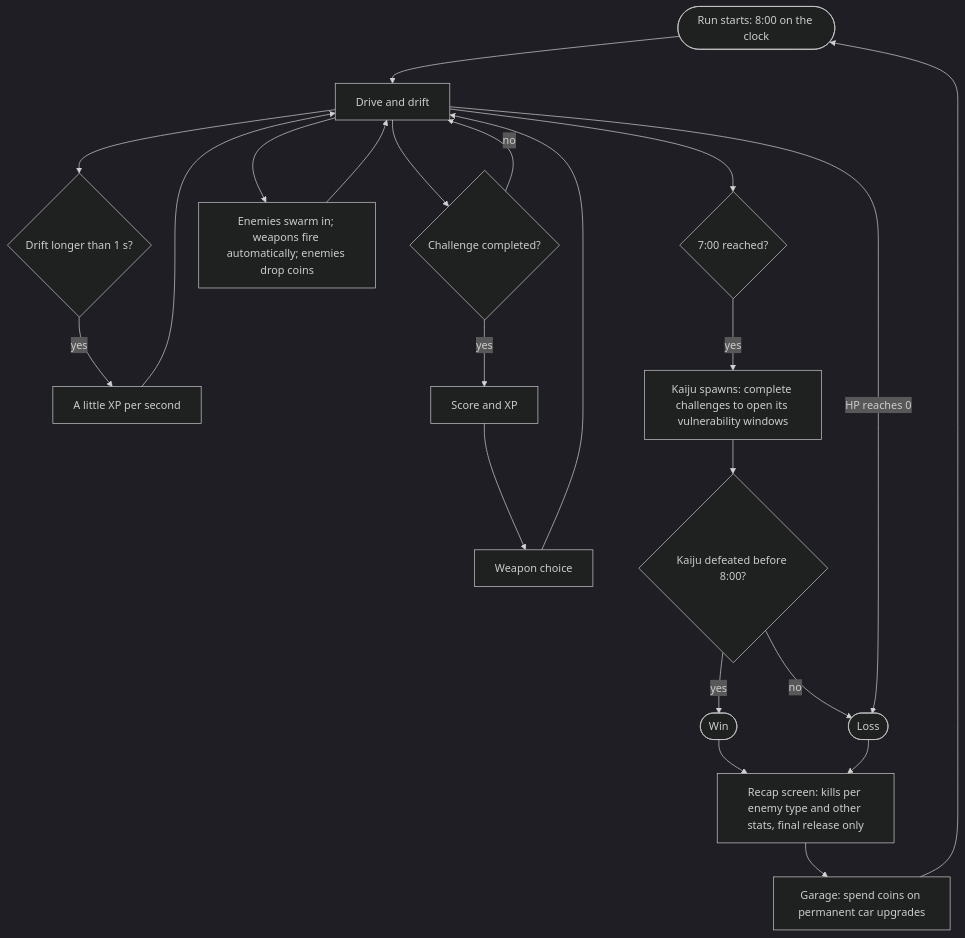
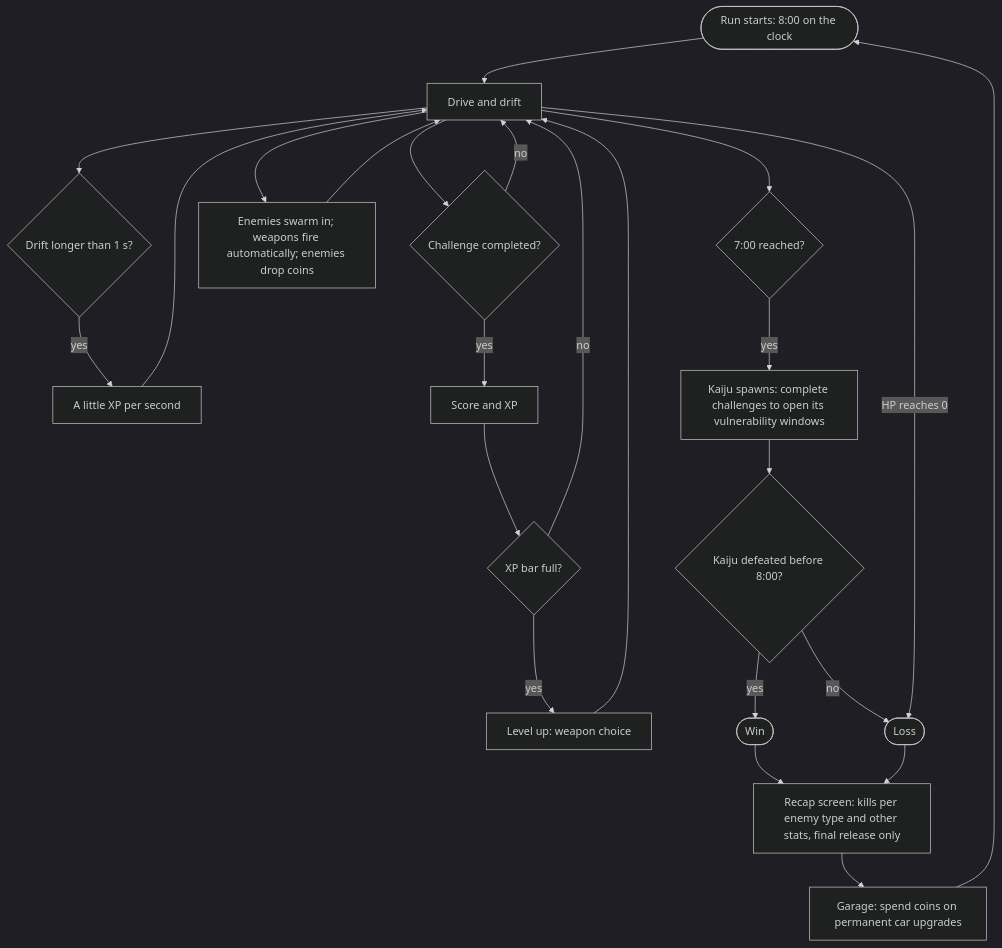
The diagram in docs/game-loop-architecture.md (akyrat/solid-carbide-game), drawn with Mermaid (dark theme) before and after one commit. The commit also changed other lines of this file and 2 other files, not shown here.

Commit message:
Weapon choice opens only on level-up

````diff
--- a/docs/game-loop-architecture.md
+++ b/docs/game-loop-architecture.md
@@ -38,20 +38,22 @@
 ```mermaid
 flowchart TD
     start([Run starts: 8:00 on the clock]) --> drive[Drive and drift]
     drive --> drift{Drift longer than 1 s?}
     drift -- yes --> dxp[A little XP per second] --> drive
     drive --> challenge{Challenge completed?}
-    challenge -- yes --> xp[Score and XP] --> choice[Weapon choice] --> drive
+    challenge -- yes --> xp[Score and XP] --> lvl{XP bar full?}
+    lvl -- yes --> choice[Level up: weapon choice] --> drive
+    lvl -- no --> drive
     challenge -- no --> drive
     drive --> enemies[Enemies swarm in; weapons fire automatically; enemies drop coins] --> drive
     drive --> boss{7:00 reached?}
     boss -- yes --> kaiju[Kaiju spawns: complete challenges to open its vulnerability windows]
     kaiju --> win{Kaiju defeated before 8:00?}
     win -- yes --> won([Win])
     win -- no --> lost([Loss])
     drive -- HP reaches 0 --> lost
     won --> recap[Recap screen: kills per enemy type and other stats, final release only]
     lost --> recap
     recap --> garage[Garage: spend coins on permanent car upgrades]
     garage --> start
 ```
````
